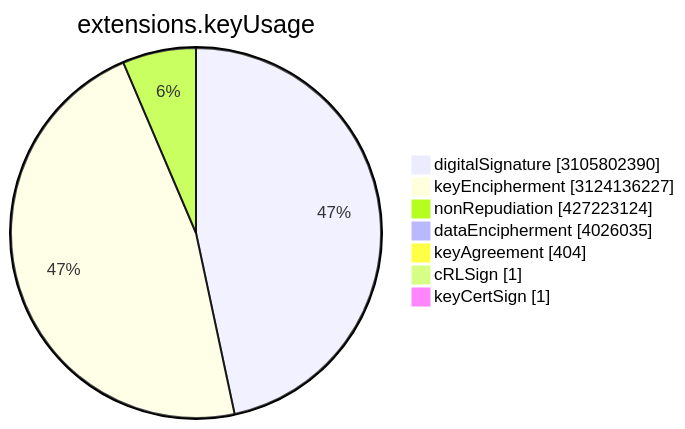
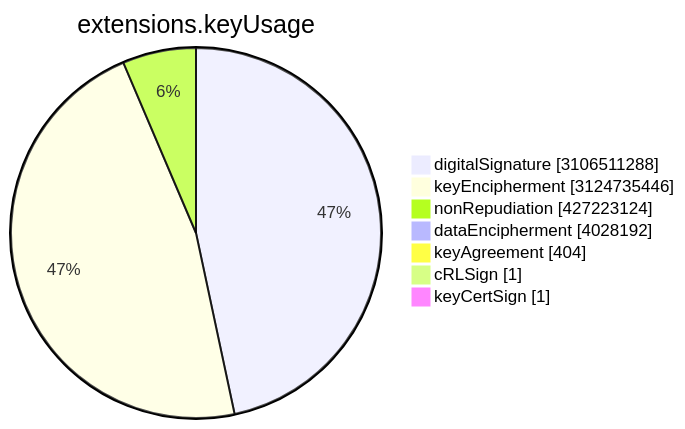
The sixth of 15 diagrams in TOTAL/README.md (christiankrug/ctmonitor_visualization), drawn with Mermaid before and after one commit. The commit also changed other lines of this file, not shown here.

````diff
--- a/TOTAL/README.md
+++ b/TOTAL/README.md
@@ -3077,11 +3077,11 @@
 ```mermaid
 pie showData
 title extensions.keyUsage
-"digitalSignature" :3105802390
-"keyEncipherment" :3124136227
+"digitalSignature" :3106511288
+"keyEncipherment" :3124735446
 "nonRepudiation" :427223124
-"dataEncipherment" :4026035
+"dataEncipherment" :4028192
 "keyAgreement" :404
 "cRLSign" :1
 "keyCertSign" :1
 ```
````
